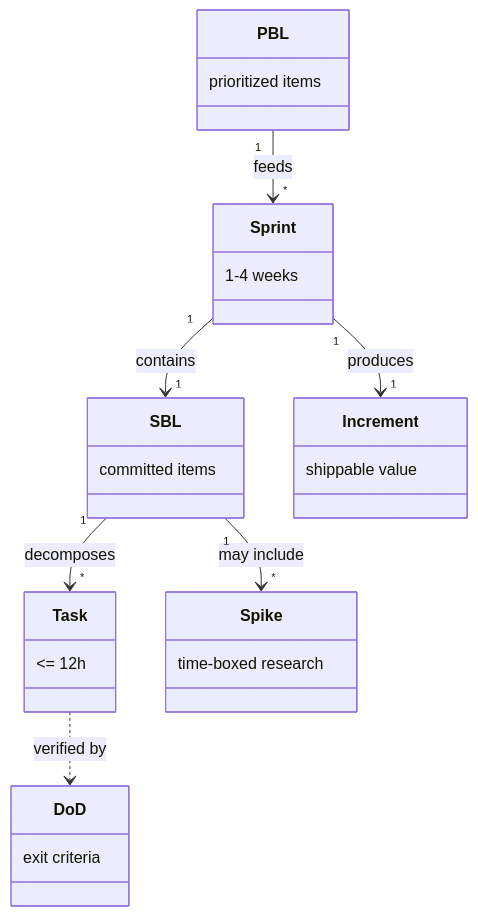
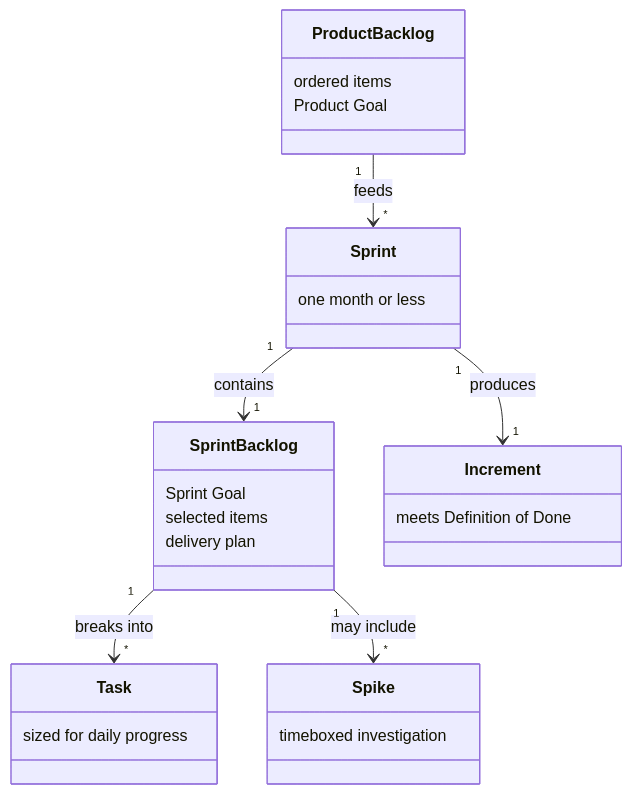
The second of 2 diagrams in docs/01-methodology/03-scrum.md (arrmagazin/engx), drawn with Mermaid before and after one commit. The commit also changed other lines of this file and 1 other file, not shown here.

````diff
--- a/docs/01-methodology/03-scrum.md
+++ b/docs/01-methodology/03-scrum.md
@@ -70,30 +85,29 @@
 ```mermaid
 classDiagram
-    class PBL {
-        prioritized items
+    class ProductBacklog {
+        ordered items
+        Product Goal
     }
     class Sprint {
-        1-4 weeks
+        one month or less
     }
-    class SBL {
-        committed items
+    class SprintBacklog {
+        Sprint Goal
+        selected items
+        delivery plan
     }
     class Task {
-        <= 12h
+        sized for daily progress
     }
     class Spike {
-        time-boxed research
-    }
-    class DoD {
-        exit criteria
+        timeboxed investigation
     }
     class Increment {
-        shippable value
+        meets Definition of Done
     }
-    PBL "1" --> "*" Sprint : feeds
-    Sprint "1" --> "1" SBL : contains
-    SBL "1" --> "*" Task : decomposes
-    SBL "1" --> "*" Spike : may include
-    Task ..> DoD : verified by
+    ProductBacklog "1" --> "*" Sprint : feeds
+    Sprint "1" --> "1" SprintBacklog : contains
+    SprintBacklog "1" --> "*" Task : breaks into
+    SprintBacklog "1" --> "*" Spike : may include
     Sprint "1" --> "1" Increment : produces
 ```
````
